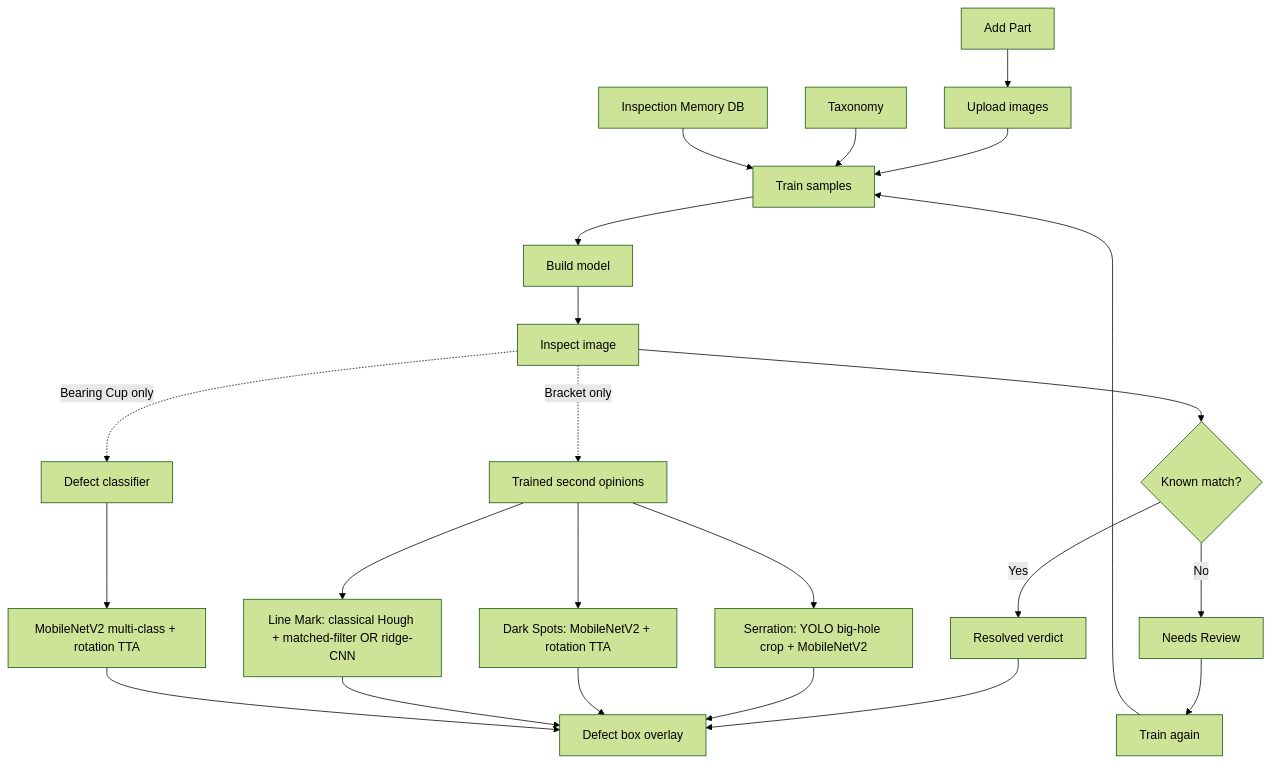
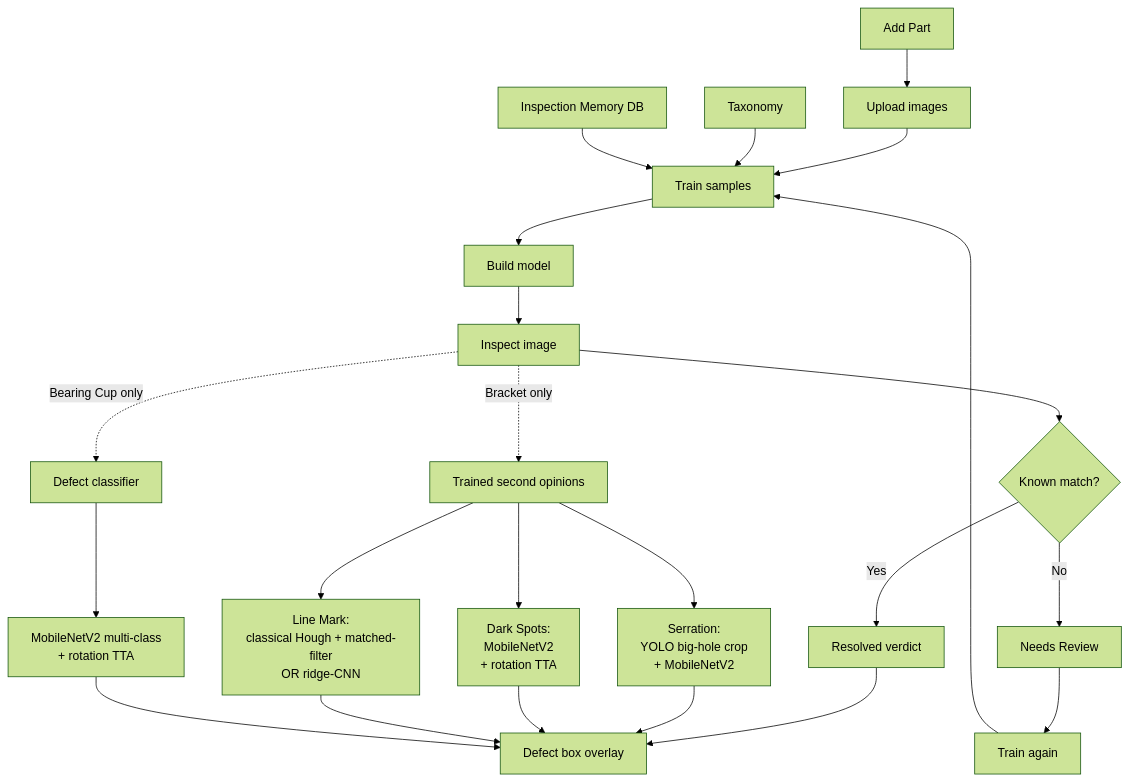
Before and after one commit to sdindiver/QMSInspector: the diagram in README.md, drawn with Mermaid (forest theme).

Commit message:
Wrap long mermaid labels so node text is fully visible
Quote and split the second-opinion node labels onto multiple lines with
<br/> so mermaid grows the box height instead of truncating text like
'Line Mark: classical Hough + matched-filter OR ridge-CNN'.

````diff
--- a/README.md
+++ b/README.md
@@ -26,31 +26,31 @@
 ```mermaid
 flowchart TD
     A[Add Part] --> B[Upload images]
     B --> C[Train samples]
 
     K[Taxonomy] --> C
     M[Inspection Memory DB] --> C
 
     C --> D[Build model]
     D --> E[Inspect image]
     E --> F{Known match?}
 
     F -- Yes --> G[Resolved verdict]
     G --> G2[Defect box overlay]
 
     F -- No --> H[Needs Review]
     H --> I[Train again]
     I --> C
 
     E -. Bracket only .-> S[Trained second opinions]
-    S --> S1[Serration: YOLO big-hole crop + MobileNetV2]
-    S --> S3[Dark Spots: MobileNetV2 + rotation TTA]
-    S --> S4[Line Mark: classical Hough + matched-filter OR ridge-CNN]
+    S --> S1["Serration:<br/>YOLO big-hole crop<br/>+ MobileNetV2"]
+    S --> S3["Dark Spots:<br/>MobileNetV2<br/>+ rotation TTA"]
+    S --> S4["Line Mark:<br/>classical Hough + matched-filter<br/>OR ridge-CNN"]
     S1 --> G2
     S3 --> G2
     S4 --> G2
 
     E -. Bearing Cup only .-> BC[Defect classifier]
-    BC --> BC1[MobileNetV2 multi-class + rotation TTA]
+    BC --> BC1["MobileNetV2 multi-class<br/>+ rotation TTA"]
     BC1 --> G2
 ```
````
